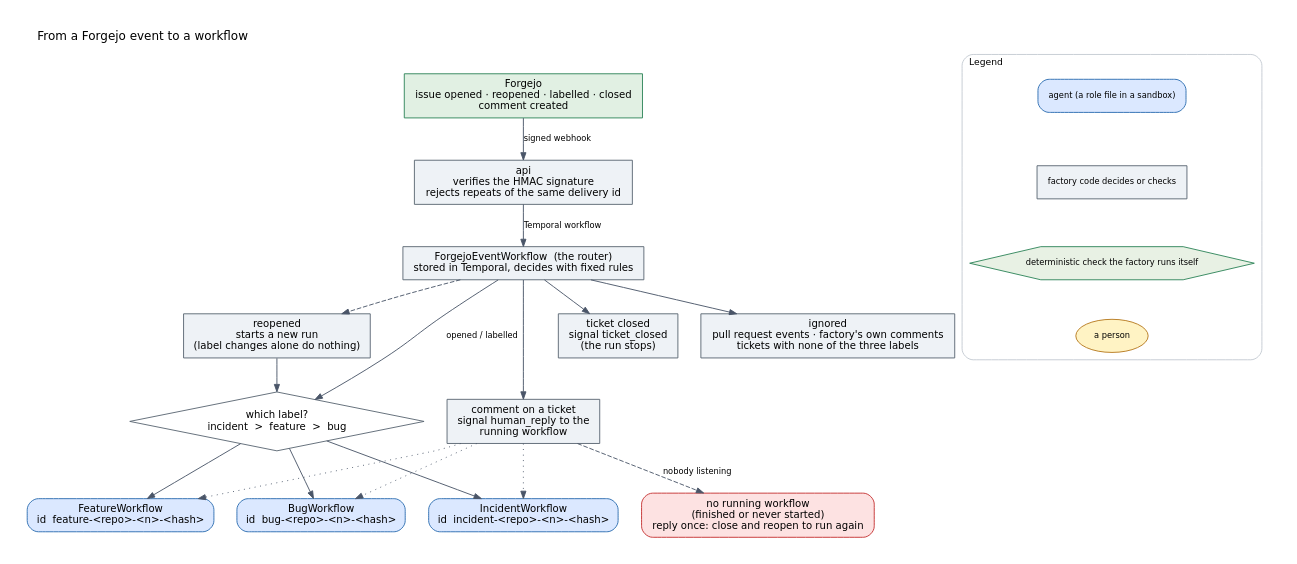
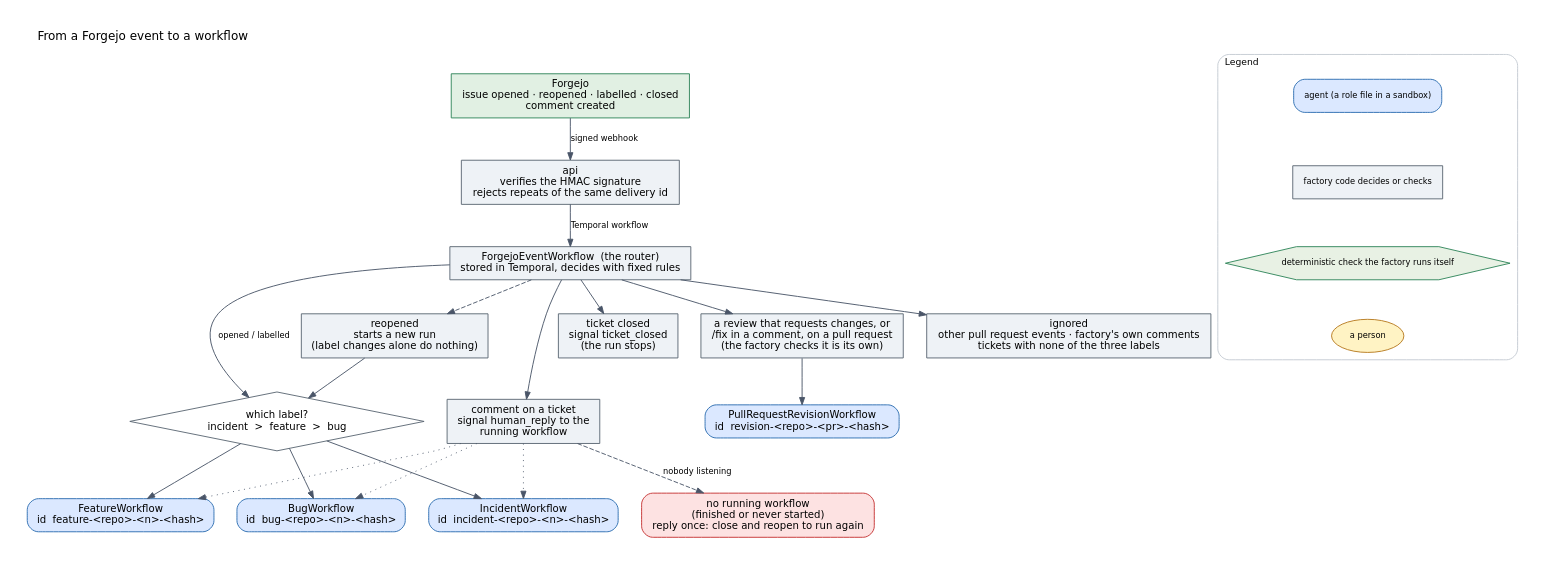
The diagram in docs/diagrams/ticket-routing.dot (ai-sdlc-factory/ai-sdlc-factory), drawn with Graphviz before and after one commit. The commit also changed 44 other files, not shown here.

First line of the commit message:
Add pull request revisions: a review becomes one new commit on the same branch

```diff
--- a/docs/diagrams/ticket-routing.dot
+++ b/docs/diagrams/ticket-routing.dot
@@ -1,37 +1,40 @@
 digraph ticket_routing {
   graph [rankdir=TB, fontname="DejaVu Sans", fontsize=13, bgcolor=white, pad=0.3, nodesep=0.35, ranksep=0.5, labelloc=t, labeljust=l, compound=true];
   node  [fontname="DejaVu Sans", fontsize=11, shape=box, style="rounded,filled", margin="0.15,0.08", fillcolor="#eef2f6", color="#5b6773"];
   edge  [fontname="DejaVu Sans", fontsize=9, color="#4a5568", arrowsize=0.8];
   label="From a Forgejo event to a workflow";
 
   forgejo [label="Forgejo\nissue opened · reopened · labelled · closed\ncomment created", shape=box, style="filled", fillcolor="#e1f0e3", color="#2f855a"];
   api     [label="api\nverifies the HMAC signature\nrejects repeats of the same delivery id", shape=box, style="filled", fillcolor="#eef2f6", color="#5b6773"];
   router  [label="ForgejoEventWorkflow  (the router)\nstored in Temporal, decides with fixed rules", shape=box, style="filled", fillcolor="#eef2f6", color="#5b6773"];
   kind    [label="which label?\nincident  >  feature  >  bug", shape=diamond, style="filled", fillcolor="#ffffff", color="#5b6773", margin="0.05,0.05"];
   fw [label="FeatureWorkflow\nid  feature-<repo>-<n>-<hash>", shape=box, style="rounded,filled", fillcolor="#dbe8ff", color="#2b6cb0"];
   bw [label="BugWorkflow\nid  bug-<repo>-<n>-<hash>", shape=box, style="rounded,filled", fillcolor="#dbe8ff", color="#2b6cb0"];
   iw [label="IncidentWorkflow\nid  incident-<repo>-<n>-<hash>", shape=box, style="rounded,filled", fillcolor="#dbe8ff", color="#2b6cb0"];
   comment [label="comment on a ticket\nsignal human_reply to the\nrunning workflow", shape=box, style="filled", fillcolor="#eef2f6", color="#5b6773"];
   none    [label="no running workflow\n(finished or never started)\nreply once: close and reopen to run again", shape=box, style="rounded,filled", fillcolor="#fde2e2", color="#c53030"];
   closed  [label="ticket closed\nsignal ticket_closed\n(the run stops)", shape=box, style="filled", fillcolor="#eef2f6", color="#5b6773"];
-  ignored [label="ignored\npull request events · factory's own comments\ntickets with none of the three labels", shape=box, style="filled", fillcolor="#eef2f6", color="#5b6773"];
+  rev     [label="PullRequestRevisionWorkflow\nid  revision-<repo>-<pr>-<hash>", shape=box, style="rounded,filled", fillcolor="#dbe8ff", color="#2b6cb0"];
+  prev    [label="a review that requests changes, or\n/fix in a comment, on a pull request\n(the factory checks it is its own)", shape=box, style="filled", fillcolor="#eef2f6", color="#5b6773"];
+  ignored [label="ignored\nother pull request events · factory's own comments\ntickets with none of the three labels", shape=box, style="filled", fillcolor="#eef2f6", color="#5b6773"];
   reopen  [label="reopened\nstarts a new run\n(label changes alone do nothing)", shape=box, style="filled", fillcolor="#eef2f6", color="#5b6773"];
   forgejo -> api [label="signed webhook"];
   api -> router [label="Temporal workflow"];
   router -> kind [label="opened / labelled"];
   router -> reopen [style=dashed];
   reopen -> kind;
   kind -> iw; kind -> fw; kind -> bw;
-  router -> comment; router -> closed; router -> ignored;
+  router -> comment; router -> closed; router -> ignored; router -> prev;
+  prev -> rev;
   comment -> none [label="nobody listening", style=dashed];
   comment -> fw [style=dotted]; comment -> bw [style=dotted]; comment -> iw [style=dotted];
 
   subgraph cluster_legend {
     label="Legend"; style="rounded"; color="#c3cad2"; fontsize=10; rank=sink;
     til1 [label="agent (a role file in a sandbox)", shape=box, style="rounded,filled", fillcolor="#dbe8ff", color="#2b6cb0", fontsize=9];
     til2 [label="factory code decides or checks", shape=box, style="filled", fillcolor="#eef2f6", color="#5b6773", fontsize=9];
     til3 [label="deterministic check the factory runs itself", shape=hexagon, style="filled", fillcolor="#e8f1e4", color="#2f855a", fontsize=9];
     til4 [label="a person", shape=ellipse, style="filled", fillcolor="#fff3c4", color="#b7791f", fontsize=9];
     til1 -> til2 -> til3 -> til4 [style=invis];
   }
 }
```
